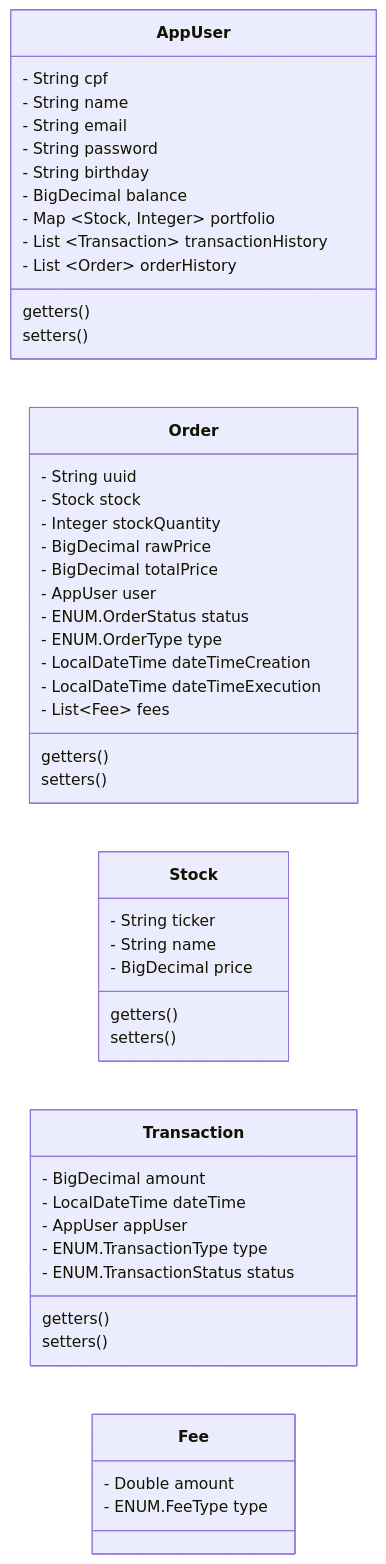
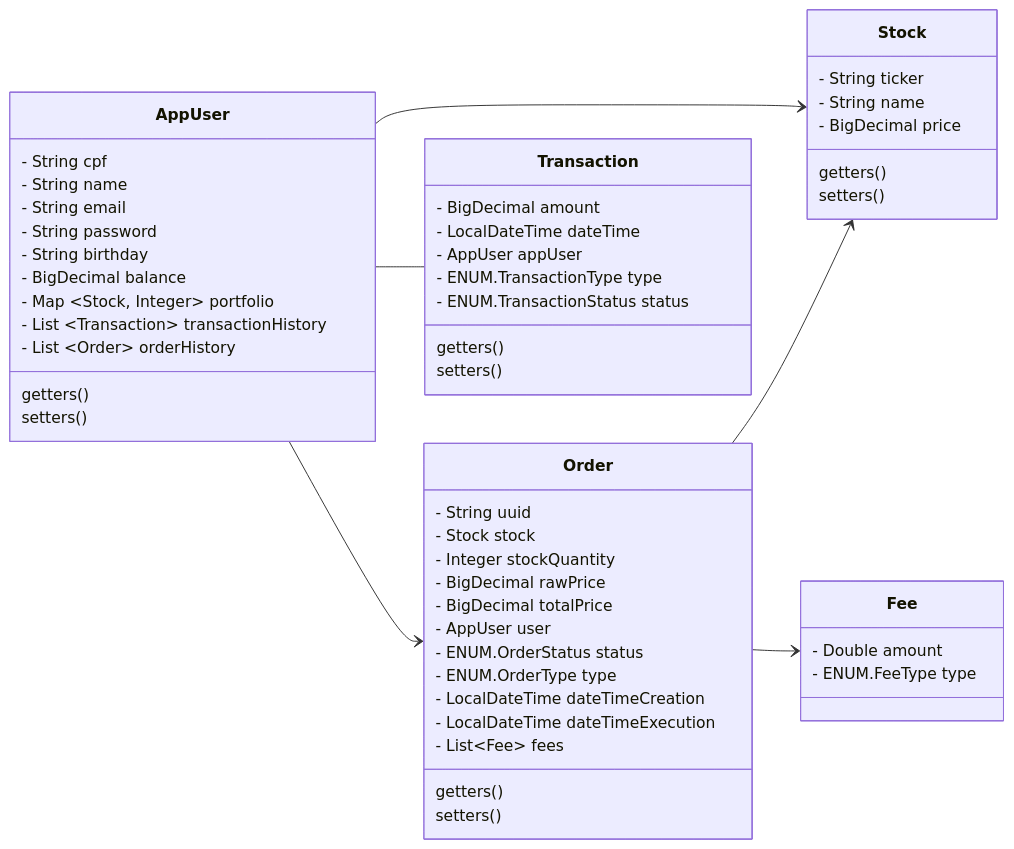
The diagram in README.md (leialemon/projeto-web-b3), drawn with Mermaid before and after one commit.

````diff
--- a/README.md
+++ b/README.md
@@ -49,57 +49,63 @@
 ```mermaid
 classDiagram
 direction LR
 class AppUser {
     - String cpf 
     - String name
     - String email
     - String password
     - String birthday
     - BigDecimal balance
     - Map ~Stock, Integer~ portfolio
     - List ~Transaction~ transactionHistory
     - List ~Order~ orderHistory
     getters()
     setters()
 }
 
 class Order{
     - String uuid
     - Stock stock
     - Integer stockQuantity
     - BigDecimal rawPrice
     - BigDecimal totalPrice
     - AppUser user
     - ENUM.OrderStatus status
     - ENUM.OrderType type
     - LocalDateTime dateTimeCreation
     - LocalDateTime dateTimeExecution
     - List~Fee~ fees
     getters()
     setters()
 }
 
 class Stock{
     - String ticker
     - String name
     - BigDecimal price
     getters()
     setters()
 }
 
 
 class Transaction{
     - BigDecimal amount
     - LocalDateTime dateTime
     - AppUser appUser
     - ENUM.TransactionType type
     - ENUM.TransactionStatus status
     getters()
     setters()
 }
 
 class Fee{
    - Double amount
    - ENUM.FeeType type
 }
+AppUser -- Transaction
+AppUser --> Order
+AppUser --> Stock
+
+Order --> Stock
+Order --> Fee
 ```
````
